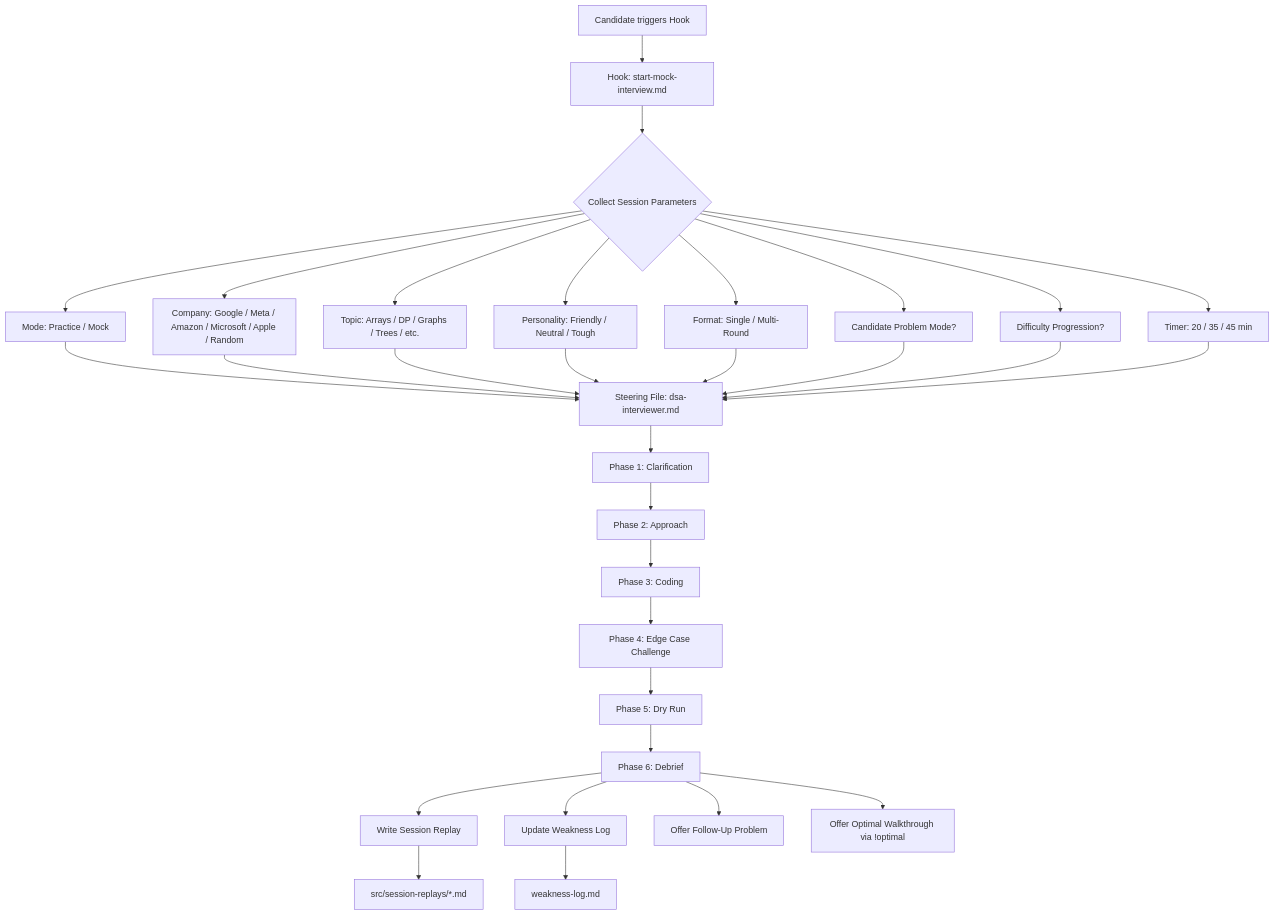
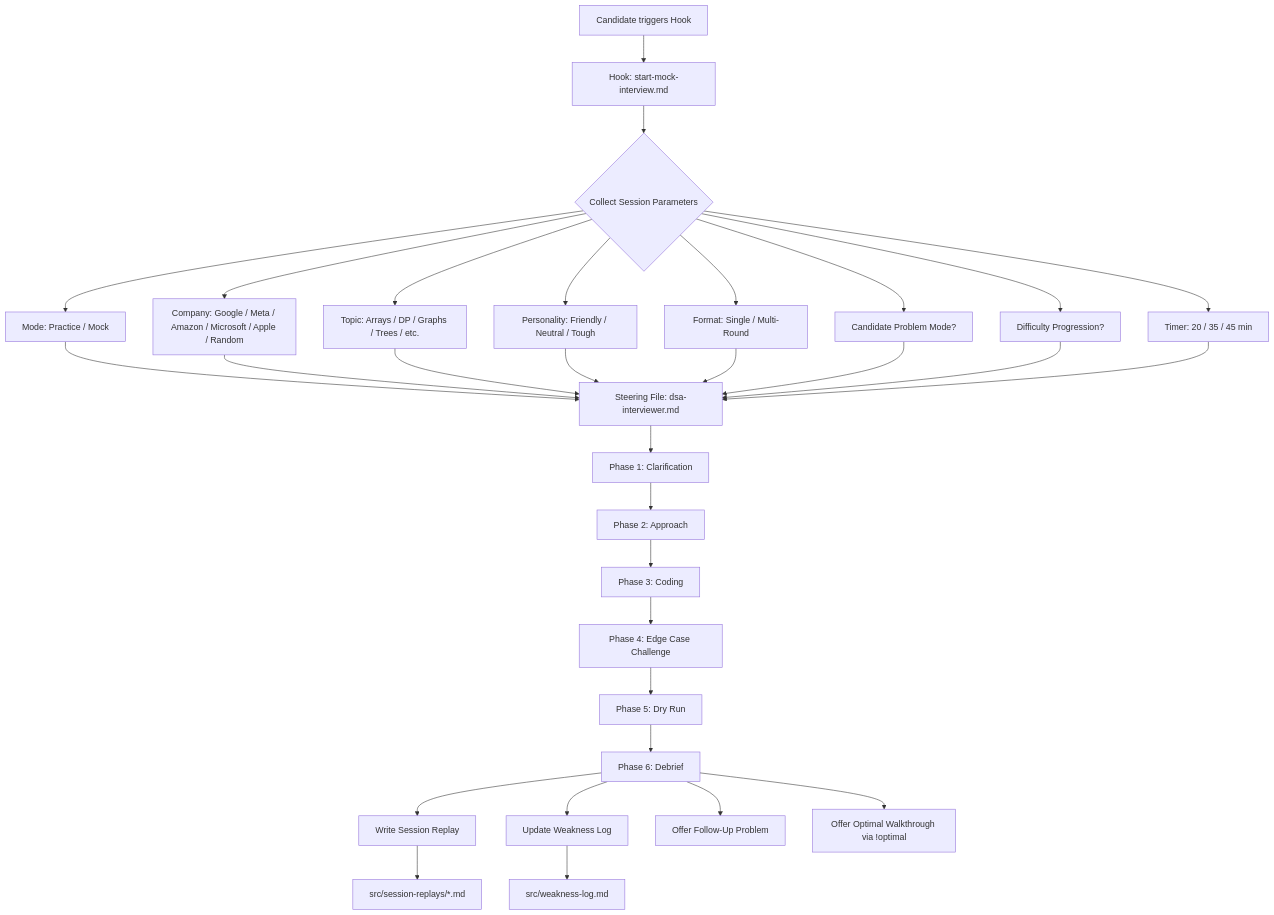
One commit to kartikth40/interview-sim changed the first of 2 diagrams in .kiro/specs/dsa-mock-interviewer/design.md. Above: the diagram before and after it, drawn with Mermaid. The commit also changed other lines of this file and 10 other files, not shown here.

````diff
--- a/.kiro/specs/dsa-mock-interviewer/design.md
+++ b/.kiro/specs/dsa-mock-interviewer/design.md
@@ -25,30 +25,30 @@
 ```mermaid
 graph TD
     A[Candidate triggers Hook] --> B[Hook: start-mock-interview.md]
     B --> C{Collect Session Parameters}
     C --> D[Mode: Practice / Mock]
     C --> E[Company: Google / Meta / Amazon / Microsoft / Apple / Random]
     C --> F[Topic: Arrays / DP / Graphs / Trees / etc.]
     C --> G[Personality: Friendly / Neutral / Tough]
     C --> H[Format: Single / Multi-Round]
     C --> I[Candidate Problem Mode?]
     C --> J[Difficulty Progression?]
     C --> K[Timer: 20 / 35 / 45 min]
     
     D & E & F & G & H & I & J & K --> L[Steering File: dsa-interviewer.md]
     
     L --> M[Phase 1: Clarification]
     M --> N[Phase 2: Approach]
     N --> O[Phase 3: Coding]
     O --> P[Phase 4: Edge Case Challenge]
     P --> Q[Phase 5: Dry Run]
     Q --> R[Phase 6: Debrief]
     
     R --> S[Write Session Replay]
     R --> T[Update Weakness Log]
     R --> U[Offer Follow-Up Problem]
     R --> V[Offer Optimal Walkthrough via !optimal]
     
     S --> W[src/session-replays/*.md]
-    T --> X[weakness-log.md]
+    T --> X[src/weakness-log.md]
 ```
````
